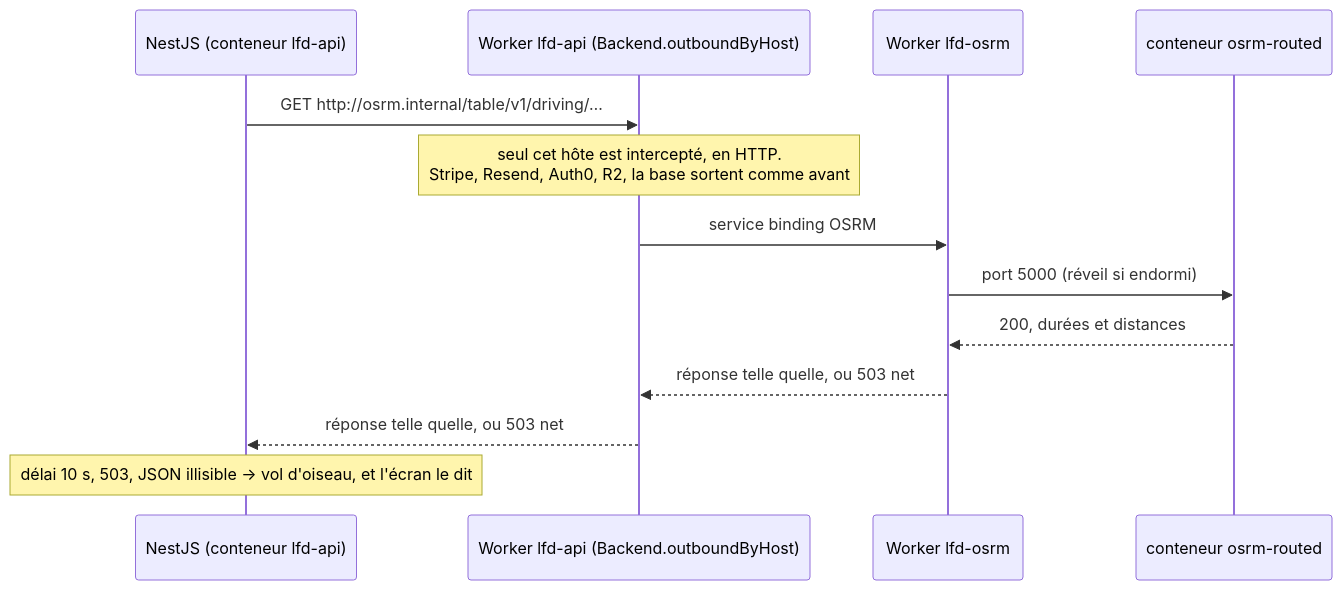
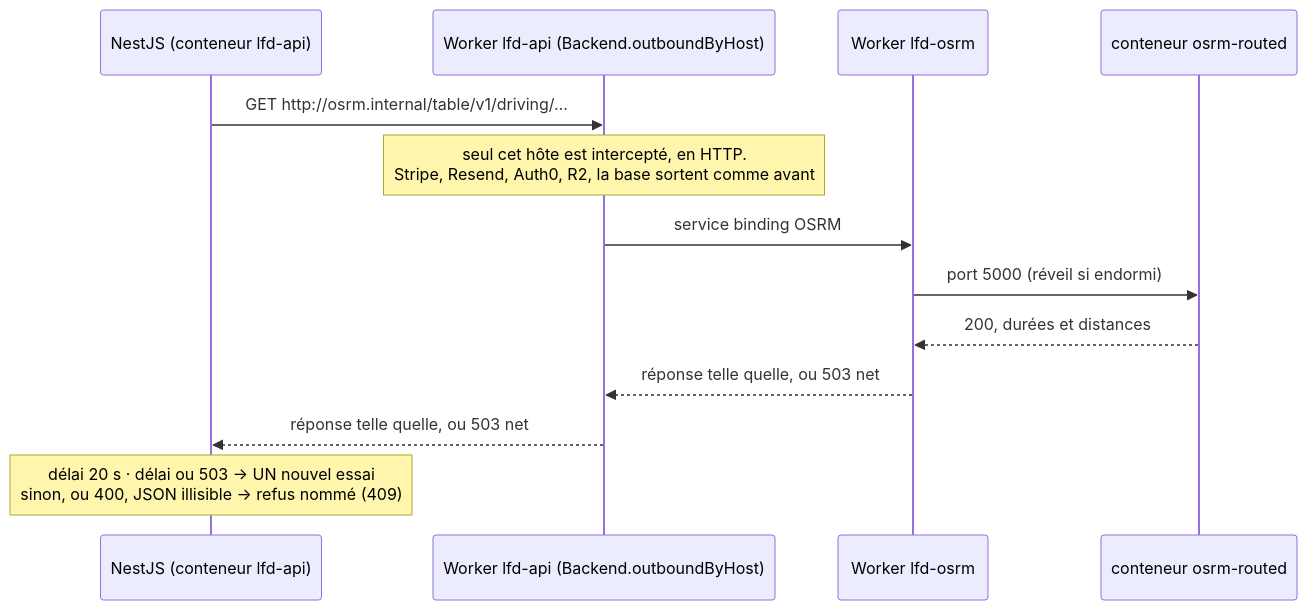
The diagram in documentation/ops/carte-routiere-osrm.md (hugoheynard/lfd), drawn with Mermaid before and after one commit. The commit also changed other lines of this file and 75 other files, not shown here.

````diff
--- a/documentation/ops/carte-routiere-osrm.md
+++ b/documentation/ops/carte-routiere-osrm.md
@@ -17,15 +26,15 @@
 ```mermaid
 sequenceDiagram
   participant N as NestJS (conteneur lfd-api)
   participant W as Worker lfd-api (Backend.outboundByHost)
   participant O as Worker lfd-osrm
   participant C as conteneur osrm-routed
   N->>W: GET http://osrm.internal/table/v1/driving/…
   Note over W: seul cet hôte est intercepté, en HTTP.<br/>Stripe, Resend, Auth0, R2, la base sortent comme avant
   W->>O: service binding OSRM
   O->>C: port 5000 (réveil si endormi)
   C-->>O: 200, durées et distances
   O-->>W: réponse telle quelle, ou 503 net
   W-->>N: réponse telle quelle, ou 503 net
-  Note over N: délai 10 s, 503, JSON illisible → vol d'oiseau, et l'écran le dit
+  Note over N: délai 20 s · délai ou 503 → UN nouvel essai<br/>sinon, ou 400, JSON illisible → refus nommé (409)
 ```
````
